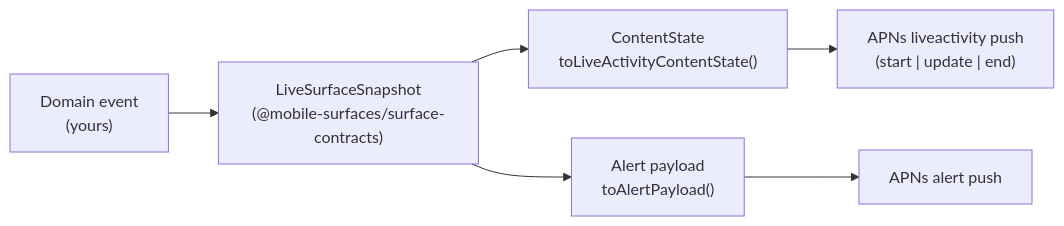
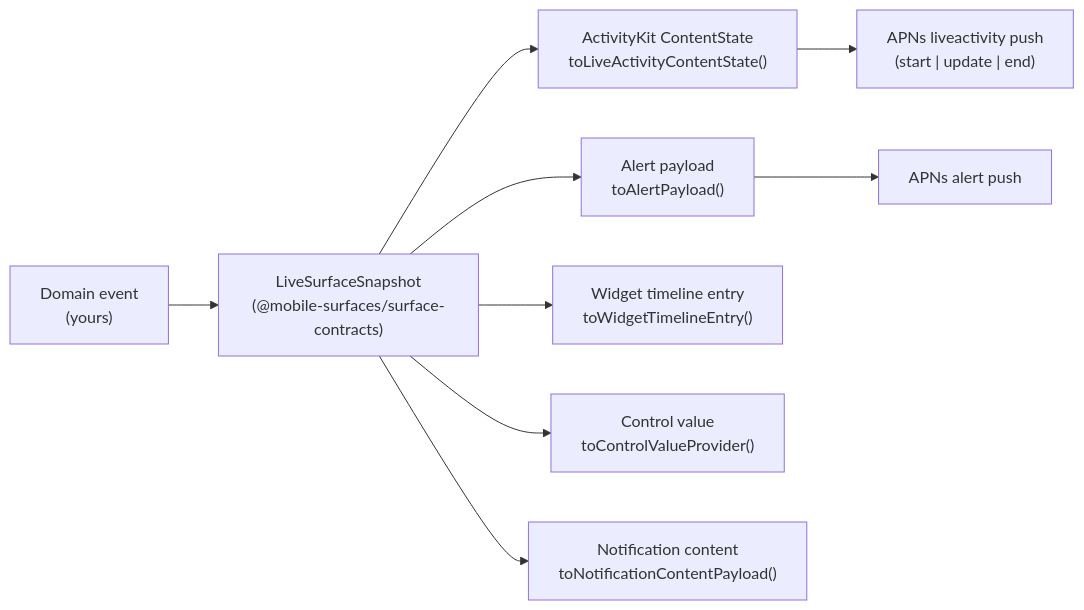
Before and after one commit to glendonC/mobile-surfaces: the diagram in docs/backend-integration.md, drawn with Mermaid. The commit also changed other lines of this file and 20 other files, not shown here.

````diff
--- a/docs/backend-integration.md
+++ b/docs/backend-integration.md
@@ -9,8 +9,11 @@
 ```mermaid
 flowchart LR
   Event["Domain event<br/>(yours)"] --> Snapshot["LiveSurfaceSnapshot<br/>(@mobile-surfaces/surface-contracts)"]
-  Snapshot --> Content["ContentState<br/>toLiveActivityContentState()"]
+  Snapshot --> Content["ActivityKit ContentState<br/>toLiveActivityContentState()"]
   Snapshot --> Alert["Alert payload<br/>toAlertPayload()"]
+  Snapshot --> Widget["Widget timeline entry<br/>toWidgetTimelineEntry()"]
+  Snapshot --> Control["Control value<br/>toControlValueProvider()"]
+  Snapshot --> Notification["Notification content<br/>toNotificationContentPayload()"]
   Content --> APNS1["APNs liveactivity push<br/>(start | update | end)"]
   Alert --> APNS2["APNs alert push"]
 ```
````
